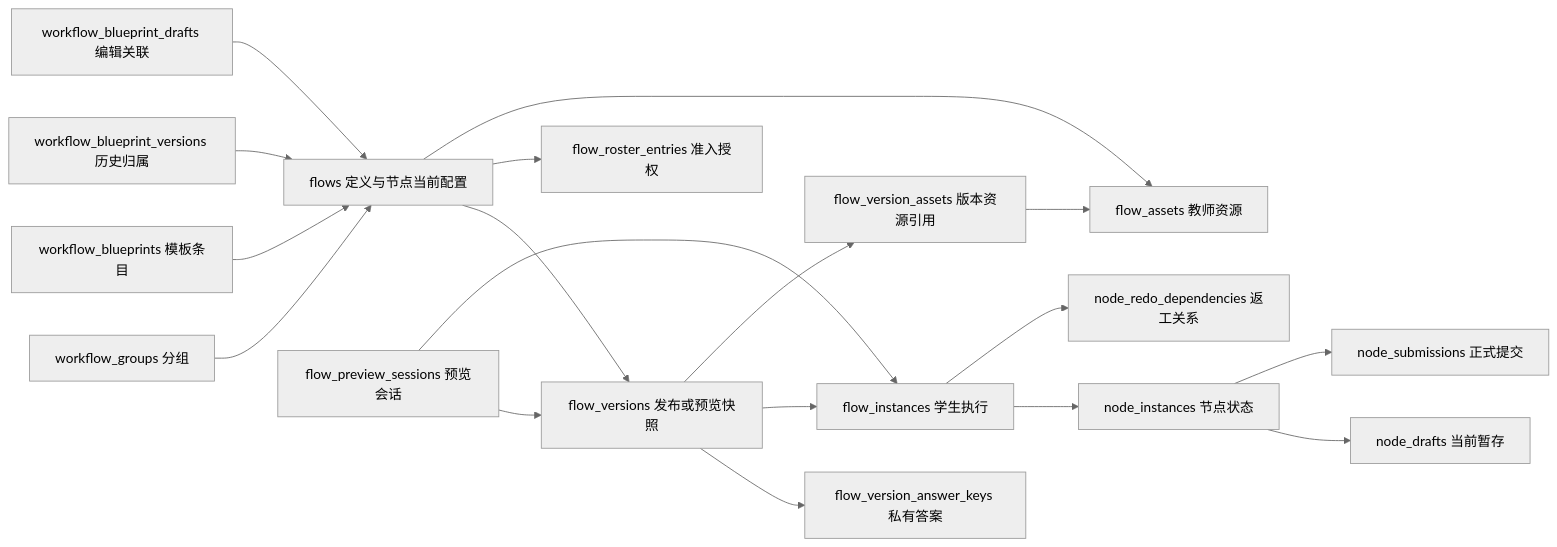
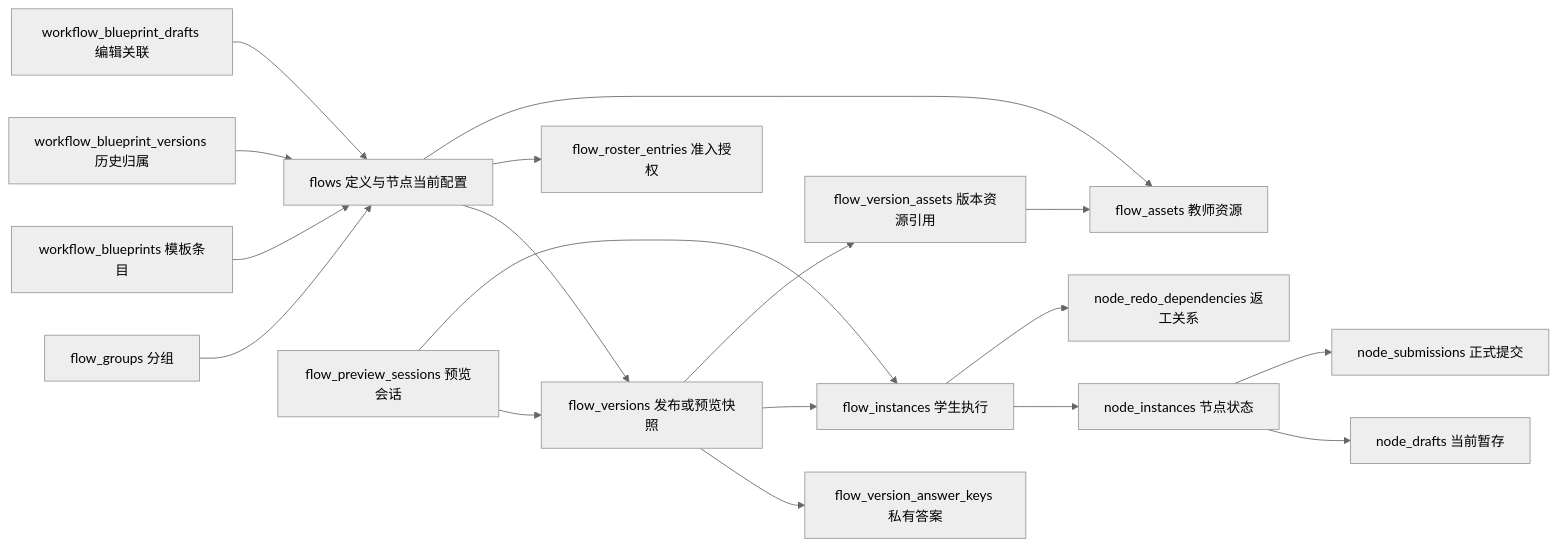
The diagram in docs/database-table-consolidation-audit.md (layerism/moyin), drawn with Mermaid (neutral theme) before and after one commit. The commit also changed other lines of this file and 5 other files, not shown here.

Commit message:
refactor(db): rename workflow_groups to flow_groups

````diff
--- a/docs/database-table-consolidation-audit.md
+++ b/docs/database-table-consolidation-audit.md
@@ -64,20 +64,20 @@
 ```mermaid
 flowchart LR
-    G[workflow_groups 分组] --> F[flows 定义与节点当前配置]
+    G[flow_groups 分组] --> F[flows 定义与节点当前配置]
     F --> V[flow_versions 发布或预览快照]
     V --> K[flow_version_answer_keys 私有答案]
     V --> I[flow_instances 学生执行]
     I --> N[node_instances 节点状态]
     N --> D[node_drafts 当前暂存]
     N --> S[node_submissions 正式提交]
     F --> R[flow_roster_entries 准入授权]
     F --> A[flow_assets 教师资源]
     I --> X[node_redo_dependencies 返工关系]
     E[flow_preview_sessions 预览会话] --> V
     E --> I
     V --> VA[flow_version_assets 版本资源引用]
     VA --> A
     B[workflow_blueprints 模板条目] --> F
     BV[workflow_blueprint_versions 历史归属] --> F
     BD[workflow_blueprint_drafts 编辑关联] --> F
 ```
````
